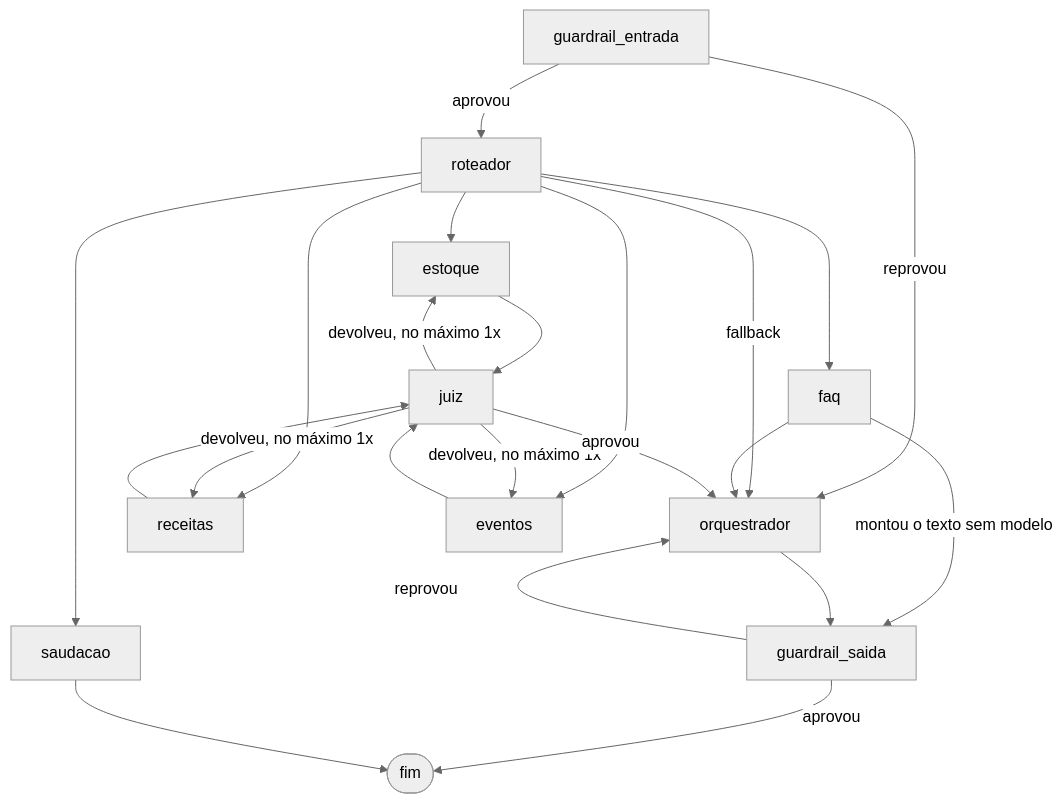
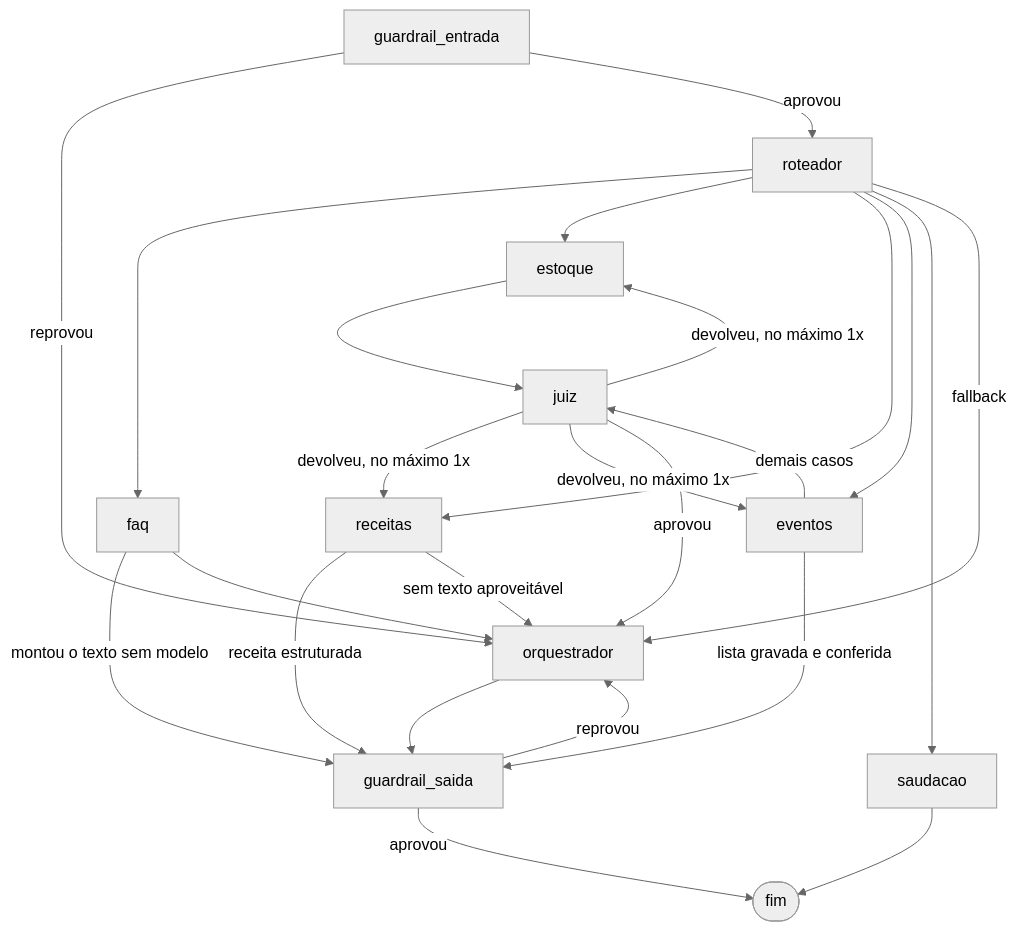
One commit to NexUs-ofc/NexUs-AI changed the diagram in README.md. Above: the diagram before and after it, drawn with Mermaid (neutral theme). The commit also changed other lines of this file and 29 other files, not shown here.

````diff
--- a/README.md
+++ b/README.md
@@ -41,34 +41,36 @@
 ```mermaid
 flowchart TD
     entrada[guardrail_entrada]
     rot[roteador]
     orq[orquestrador]
     saida[guardrail_saida]
 
     entrada -->|reprovou| orq
     entrada -->|aprovou| rot
 
     rot --> faq
     rot --> estoque
     rot --> receitas
     rot --> eventos
     rot --> saudacao
     rot -->|fallback| orq
 
     faq -->|montou o texto sem modelo| saida
     faq --> orq
 
     estoque --> juiz
-    receitas --> juiz
-    eventos --> juiz
+    receitas -->|receita estruturada| saida
+    receitas -->|sem texto aproveitável| orq
+    eventos -->|lista gravada e conferida| saida
+    eventos -->|demais casos| juiz
 
     juiz -->|devolveu, no máximo 1x| estoque
     juiz -->|devolveu, no máximo 1x| receitas
     juiz -->|devolveu, no máximo 1x| eventos
     juiz -->|aprovou| orq
 
     orq --> saida
     saida -->|reprovou| orq
     saida -->|aprovou| fim([fim])
     saudacao --> fim
 ```
````
